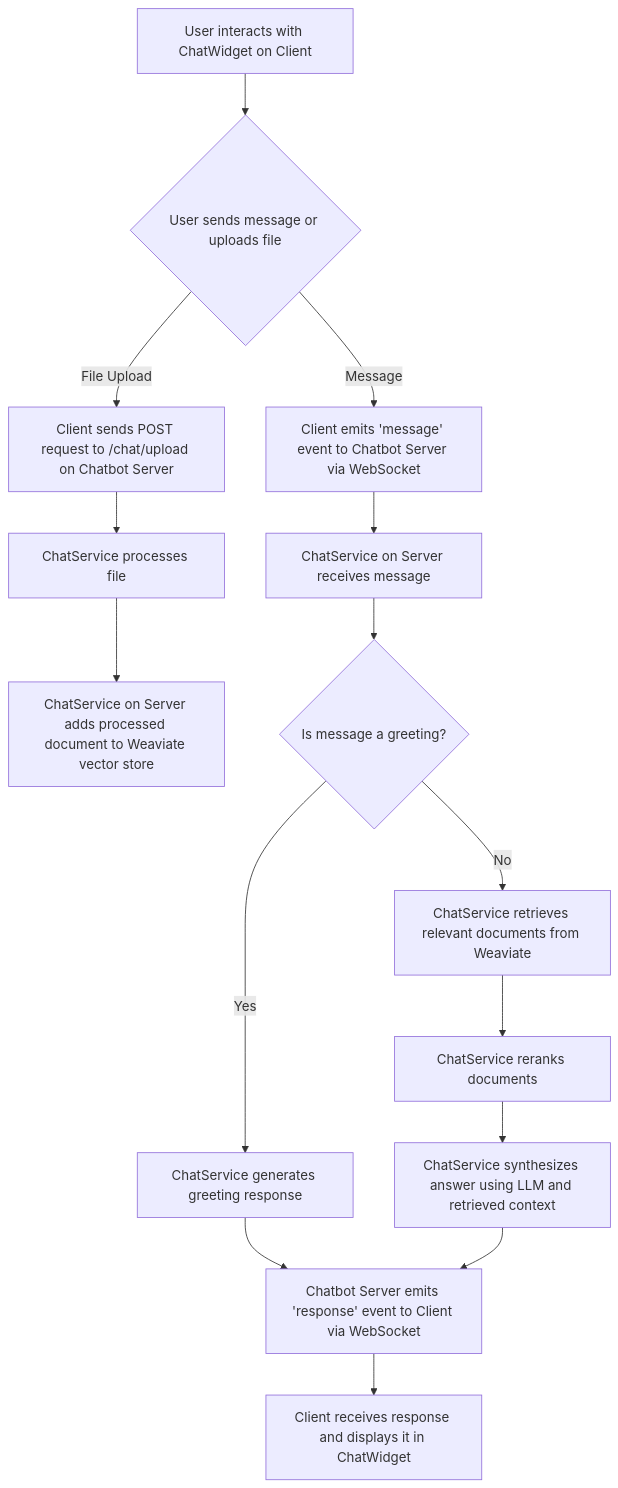
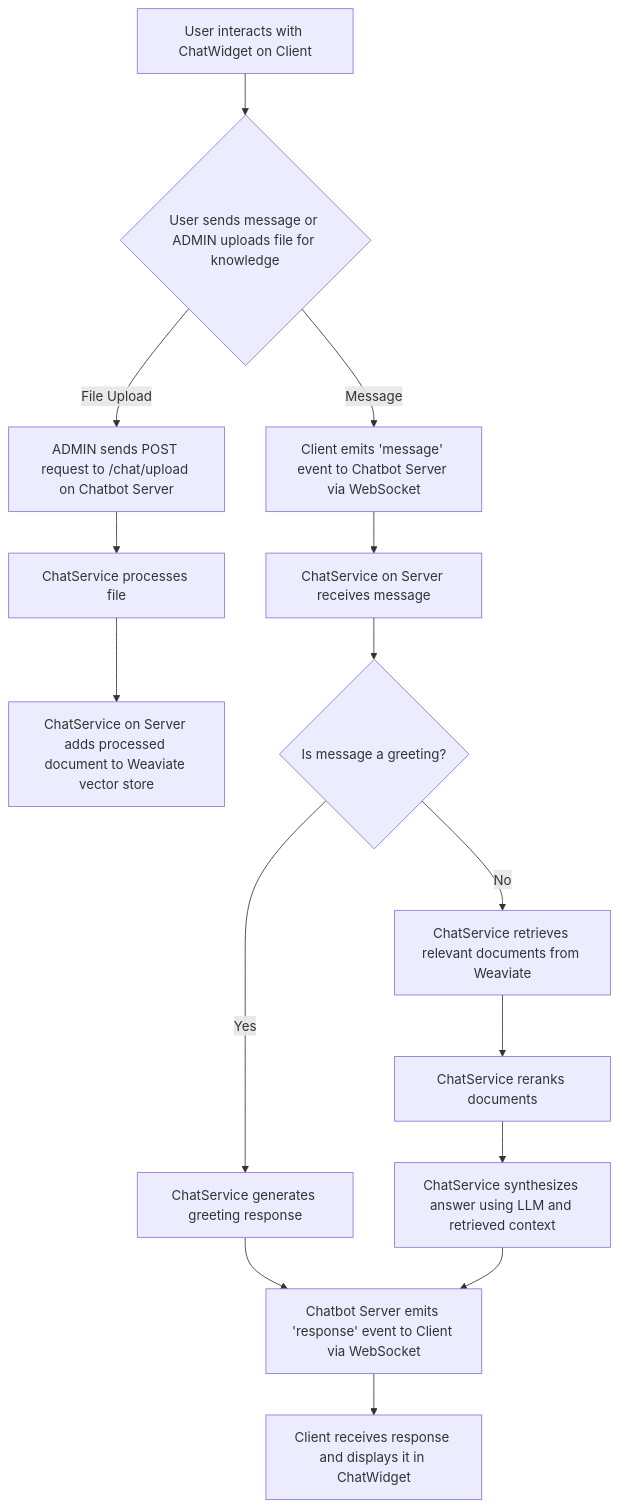
The diagram in rd.md (fazemii01/companyweb), drawn with Mermaid before and after one commit.

````diff
--- a/rd.md
+++ b/rd.md
@@ -16,17 +16,17 @@
 ```mermaid
 graph TD
-    A[User interacts with ChatWidget on Client] --> B{User sends message or uploads file};
+    A[User interacts with ChatWidget on Client] --> B{User sends message or ADMIN uploads file for knowledge};
     B -- Message --> C[Client emits 'message' event to Chatbot Server via WebSocket];
-    B -- File Upload --> D[Client sends POST request to /chat/upload on Chatbot Server];
+    B -- File Upload --> D[ADMIN sends POST request to /chat/upload on Chatbot Server];
     C --> E[ChatService on Server receives message];
     D --> F[ChatService processes file];
     F --> G[ChatService on Server adds processed document to Weaviate vector store];
     E --> H{Is message a greeting?};
     H -- Yes --> I[ChatService generates greeting response];
     H -- No --> J[ChatService retrieves relevant documents from Weaviate];
     J --> K[ChatService reranks documents];
     K --> L[ChatService synthesizes answer using LLM and retrieved context];
     I --> M[Chatbot Server emits 'response' event to Client via WebSocket];
     L --> M;
     M --> N[Client receives response and displays it in ChatWidget];
 ```
````
